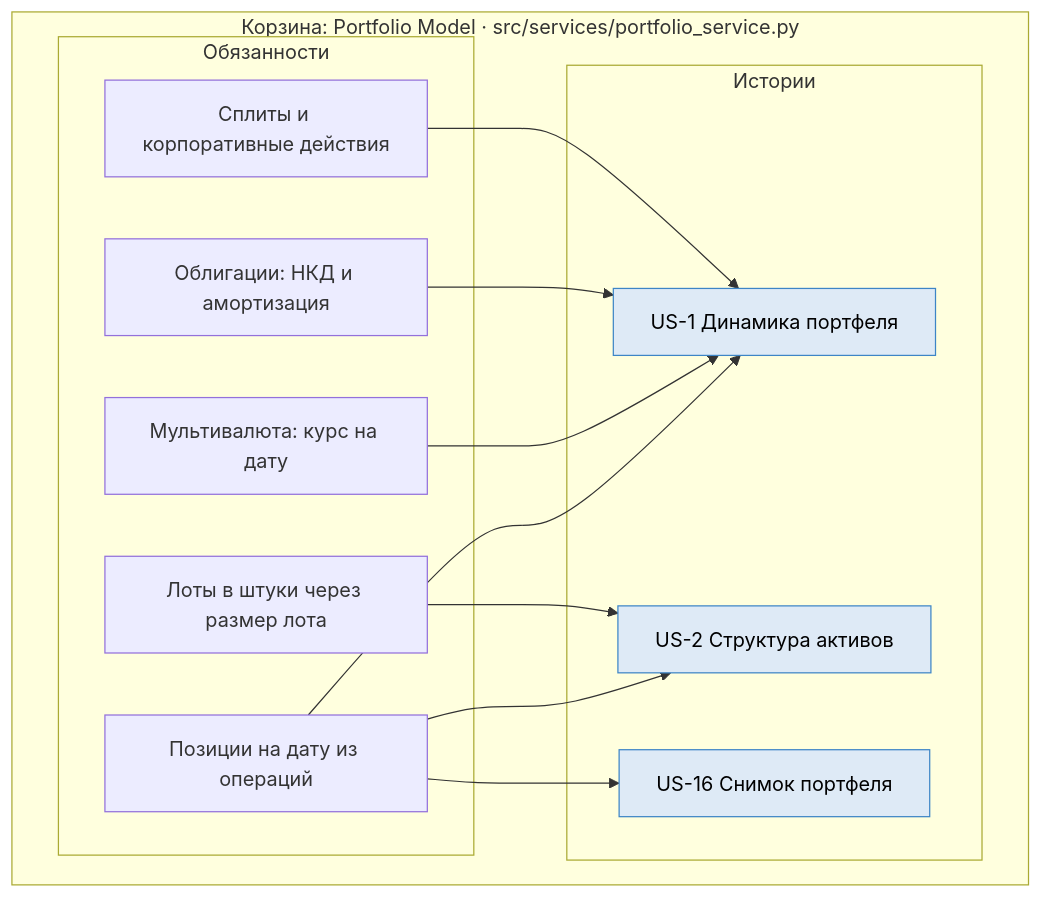
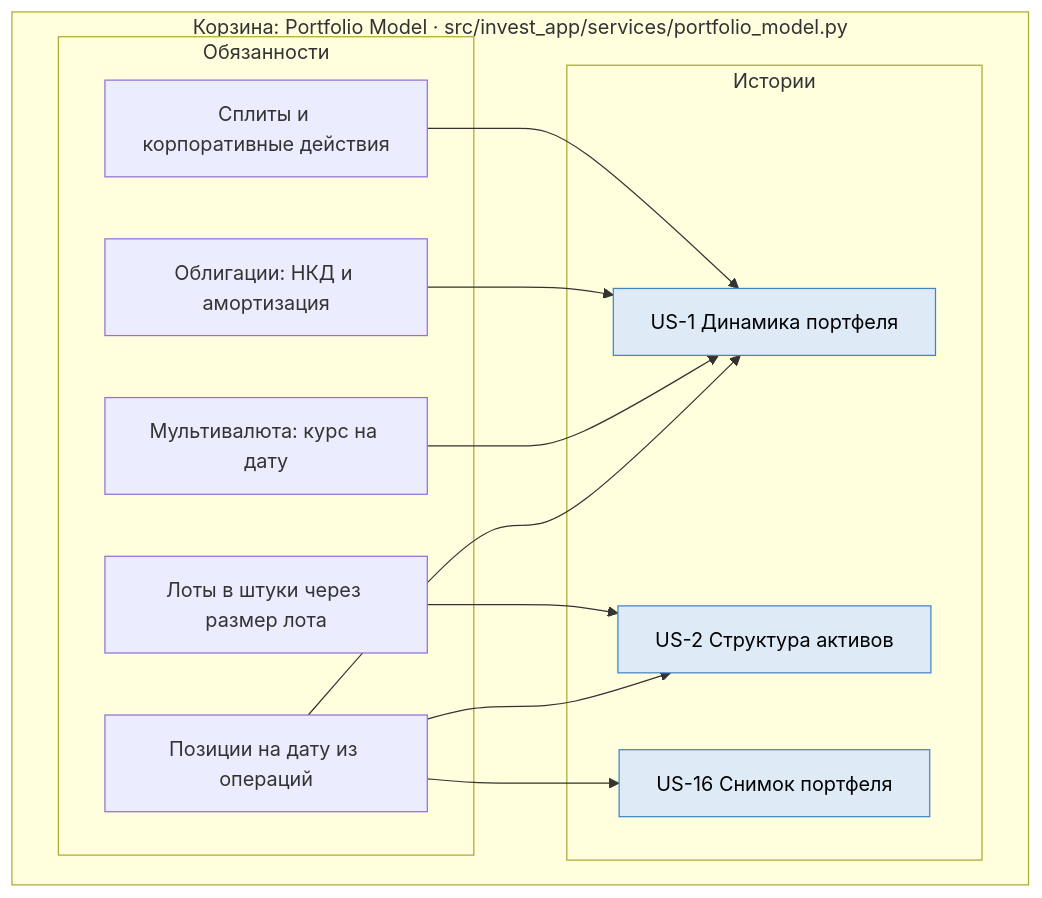
Before and after one commit to alexande-popov/T-I: the seventh of 15 diagrams in docs/arch/logic_arch.md, drawn with Mermaid. The commit also changed other lines of this file and 3 other files, not shown here.

````diff
--- a/docs/arch/logic_arch.md
+++ b/docs/arch/logic_arch.md
@@ -528,29 +596,29 @@
 ```mermaid
 flowchart LR
-    subgraph B2["Корзина: Portfolio Model · src/services/portfolio_service.py"]
+    subgraph B2["Корзина: Portfolio Model · src/invest_app/services/portfolio_model.py"]
         direction LR
         subgraph B2R["Обязанности"]
             R21["Позиции на дату из операций"]
             R22["Лоты в штуки через размер лота"]
             R23["Мультивалюта: курс на дату"]
             R24["Облигации: НКД и амортизация"]
             R25["Сплиты и корпоративные действия"]
         end
         subgraph B2U["Истории"]
             V1["US-1 Динамика портфеля"]
             V2["US-2 Структура активов"]
             V16["US-16 Снимок портфеля"]
         end
     end
 
     R21 --> V1
     R21 --> V2
     R21 --> V16
     R22 --> V2
     R23 --> V1
     R24 --> V1
     R25 --> V1
 
     classDef story fill:#deeaf6,stroke:#3d85c6,color:#000
     class V1,V2,V16 story
 ```
````
